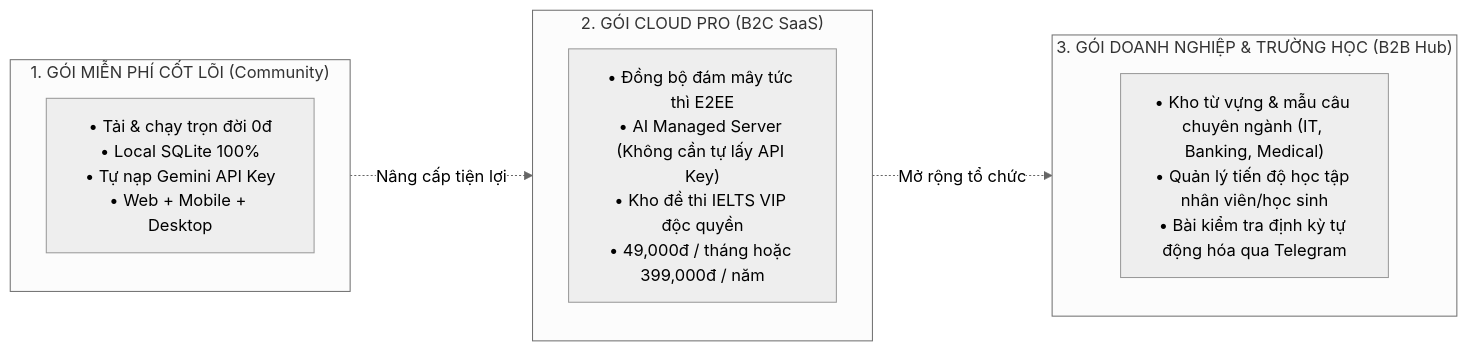
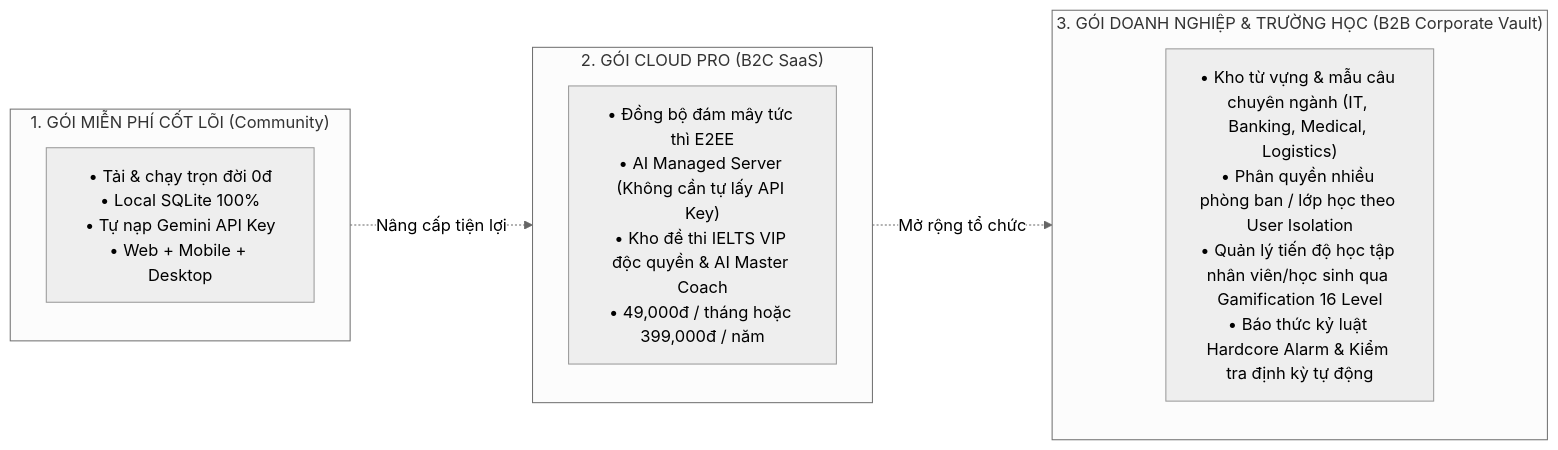
The diagram in BUSINESS.md (tavietdat123/lingua-vault), drawn with Mermaid (neutral theme) before and after one commit. The commit also changed other lines of this file and 3 other files, not shown here.

Commit message:
docs: update comprehensive engineering playbooks, code rules, architecture, and business strategy

````diff
--- a/BUSINESS.md
+++ b/BUSINESS.md
@@ -93,17 +93,17 @@
 ```mermaid
 graph LR
     subgraph FreeTier ["1. GÓI MIỄN PHÍ CỐT LÕI (Community)"]
         F1["• Tải & chạy trọn đời 0đ<br/>• Local SQLite 100%<br/>• Tự nạp Gemini API Key<br/>• Web + Mobile + Desktop"]
     end
 
     subgraph ProTier ["2. GÓI CLOUD PRO (B2C SaaS)"]
-        P1["• Đồng bộ đám mây tức thì E2EE<br/>• AI Managed Server (Không cần tự lấy API Key)<br/>• Kho đề thi IELTS VIP độc quyền<br/>• 49,000đ / tháng hoặc 399,000đ / năm"]
+        P1["• Đồng bộ đám mây tức thì E2EE<br/>• AI Managed Server (Không cần tự lấy API Key)<br/>• Kho đề thi IELTS VIP độc quyền & AI Master Coach<br/>• 49,000đ / tháng hoặc 399,000đ / năm"]
     end
 
-    subgraph B2BTier ["3. GÓI DOANH NGHIỆP & TRƯỜNG HỌC (B2B Hub)"]
-        B1["• Kho từ vựng & mẫu câu chuyên ngành (IT, Banking, Medical)<br/>• Quản lý tiến độ học tập nhân viên/học sinh<br/>• Bài kiểm tra định kỳ tự động hóa qua Telegram"]
+    subgraph B2BTier ["3. GÓI DOANH NGHIỆP & TRƯỜNG HỌC (B2B Corporate Vault)"]
+        B1["• Kho từ vựng & mẫu câu chuyên ngành (IT, Banking, Medical, Logistics)<br/>• Phân quyền nhiều phòng ban / lớp học theo User Isolation<br/>• Quản lý tiến độ học tập nhân viên/học sinh qua Gamification 16 Level<br/>• Báo thức kỷ luật Hardcore Alarm & Kiểm tra định kỳ tự động"]
     end
 
     FreeTier -.->|Nâng cấp tiện lợi| ProTier
     ProTier -.->|Mở rộng tổ chức| B2BTier
 ```
````
